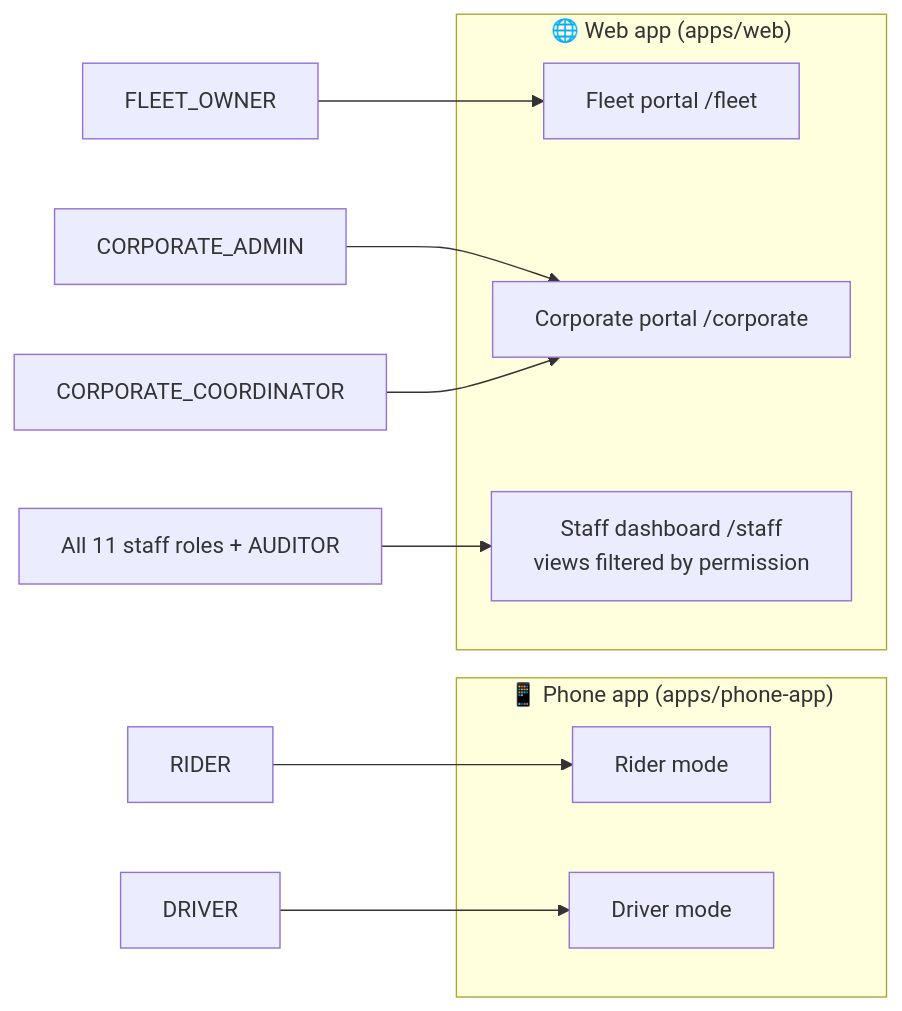
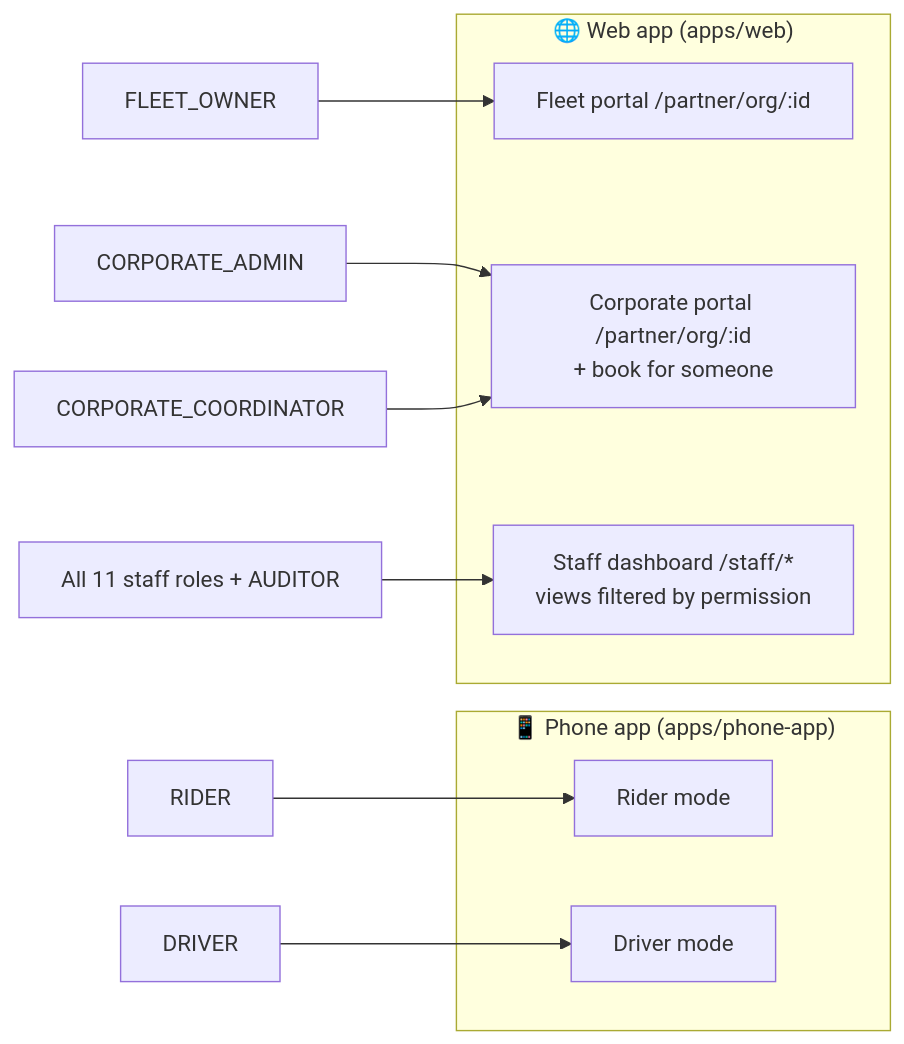
The second of 17 diagrams in docs/design/Role.md (beab1212/Anbessa), drawn with Mermaid before and after one commit. The commit also changed other lines of this file and 45 other files, not shown here.

````diff
--- a/docs/design/Role.md
+++ b/docs/design/Role.md
@@ -174,18 +174,18 @@
 ```mermaid
 flowchart LR
   subgraph Phone["📱 Phone app (apps/phone-app)"]
     RM[Rider mode]
     DM[Driver mode]
   end
   subgraph Web["🌐 Web app (apps/web)"]
-    FP["Fleet portal /fleet"]
-    CP["Corporate portal /corporate"]
-    AD["Staff dashboard /staff<br/>views filtered by permission"]
+    FP["Fleet portal /partner/org/:id"]
+    CP["Corporate portal /partner/org/:id<br/>+ book for someone"]
+    AD["Staff dashboard /staff/*<br/>views filtered by permission"]
   end
   RIDER --> RM
   DRIVER --> DM
   FLEET_OWNER --> FP
   CORPORATE_ADMIN --> CP
   CORPORATE_COORDINATOR --> CP
   STAFF["All 11 staff roles + AUDITOR"] --> AD
 ```
````
